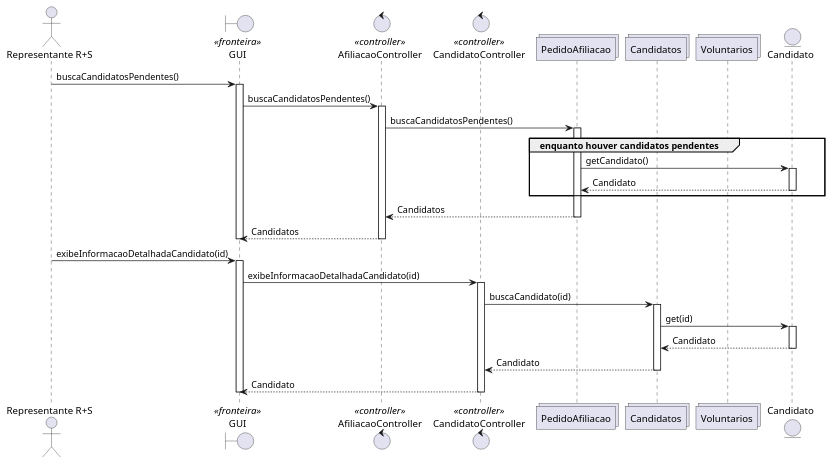
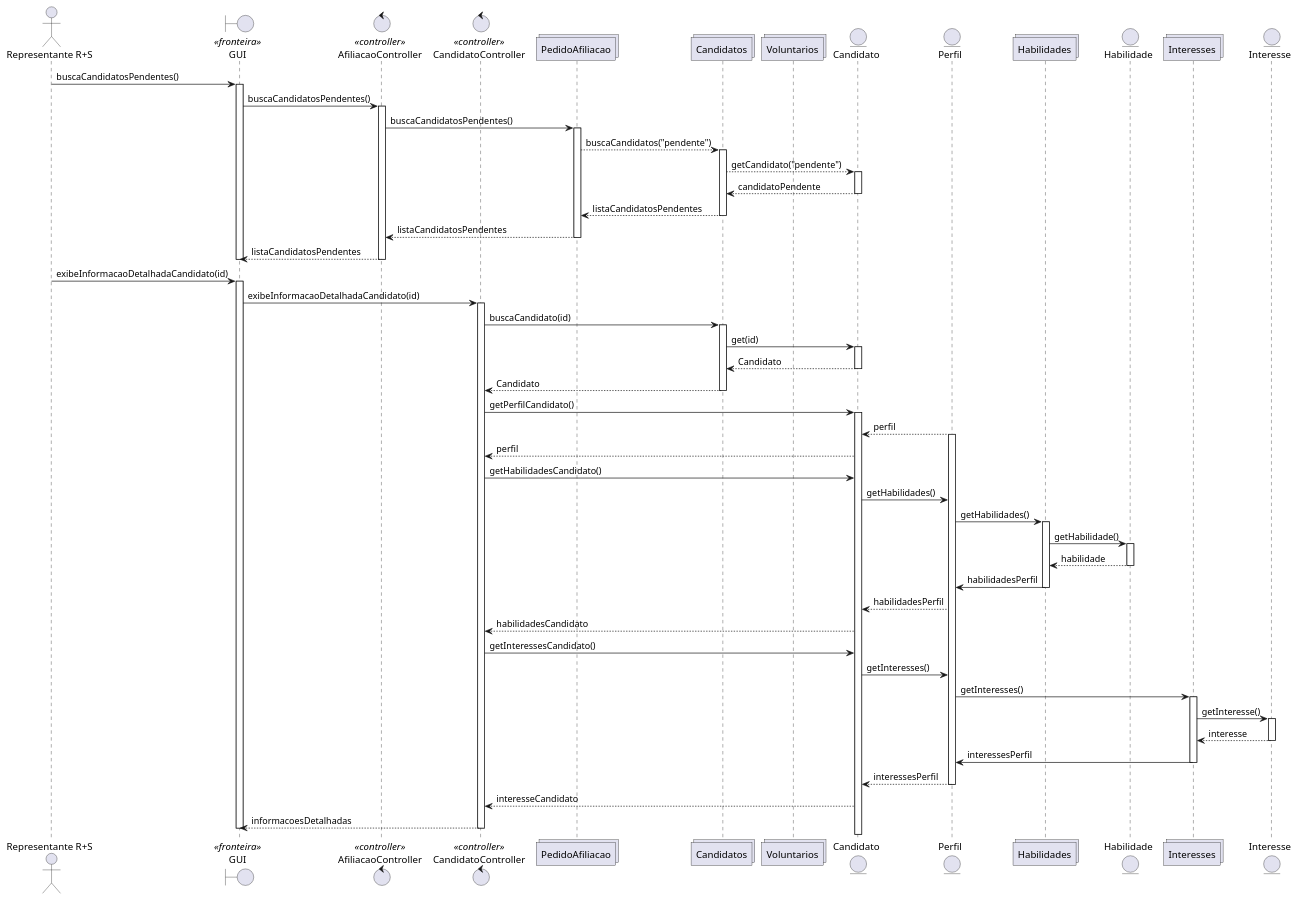
Before and after one commit to guisgiacomini/redeMaisSocialProjetoSoftware: the diagram in diagrama-sequencia/uc003/fluxo-principal/fluxo-principal-1.puml, drawn with PlantUML. The commit also changed 1 other file, not shown here.

Commit message:
Diagrama de sequência UC003 Parcial.

```diff
--- a/diagrama-sequencia/uc003/fluxo-principal/fluxo-principal-1.puml
+++ b/diagrama-sequencia/uc003/fluxo-principal/fluxo-principal-1.puml
@@ -1,67 +1,109 @@
 @startuml
 
 actor "Representante R+S" as representante
 boundary "GUI" as gui <<fronteira>>
 control "AfiliacaoController" as afiliacaoController <<controller>>
 control "CandidatoController" as candidatoController <<controller>>
 
 collections "PedidoAfiliacao" as pedidoAfiliacao
 collections "Candidatos" as candidatos
 collections "Voluntarios" as voluntarios
 
+
+
 entity "Candidato" as candidato
+entity "Perfil" as perfil
+
+collections "Habilidades" as habilidades
+entity "Habilidade" as habilidade
+
+collections "Interesses" as interesses
+entity "Interesse" as interesse
 
 
 representante -> gui: buscaCandidatosPendentes()
 activate gui
 
     gui -> afiliacaoController: buscaCandidatosPendentes()
     activate afiliacaoController
 
         afiliacaoController -> pedidoAfiliacao: buscaCandidatosPendentes()
         activate pedidoAfiliacao
-            group enquanto houver candidatos pendentes
-                pedidoAfiliacao -> candidato: getCandidato()
+            
+            pedidoAfiliacao --> candidatos: buscaCandidatos("pendente")
+            activate candidatos
+                candidatos --> candidato: getCandidato("pendente")
                 activate candidato
-                    
-                    candidato --> pedidoAfiliacao: Candidato
+                    candidato ---> candidatos: candidatoPendente
+                deactivate candidato
+                candidatos ---> pedidoAfiliacao: listaCandidatosPendentes
+            deactivate candidatos
+            pedidoAfiliacao --> afiliacaoController: listaCandidatosPendentes
+            
 
-                deactivate candidato
-            end
-            pedidoAfiliacao --> afiliacaoController: Candidatos
+        deactivate pedidoAfiliacao
 
-            deactivate pedidoAfiliacao
-
-        afiliacaoController --> gui: Candidatos
-        deactivate afiliacaoController
+        afiliacaoController --> gui: listaCandidatosPendentes
+    deactivate afiliacaoController
 
 deactivate gui 
 
 
 representante -> gui: exibeInformacaoDetalhadaCandidato(id)
 activate gui
 
     gui -> candidatoController: exibeInformacaoDetalhadaCandidato(id)
     activate candidatoController
 
         candidatoController -> candidatos: buscaCandidato(id)
         activate candidatos
 
             candidatos -> candidato: get(id)
             activate candidato
 
                 candidato --> candidatos: Candidato
 
             deactivate candidato
             candidatos --> candidatoController: Candidato
 
         deactivate candidatos
-        candidatoController --> gui: Candidato
+        candidatoController -> candidato: getPerfilCandidato()
+        activate candidato
+            perfil --> candidato: perfil
+            activate perfil
+        candidato --> candidatoController: perfil
+        candidatoController -> candidato: getHabilidadesCandidato() 
+            candidato -> perfil: getHabilidades()
+
+                perfil -> habilidades: getHabilidades()
+                activate habilidades
+                    habilidades -> habilidade: getHabilidade()
+                    activate habilidade
+                        habilidade --> habilidades: habilidade
+                    deactivate habilidade
+                    habilidades -> perfil: habilidadesPerfil
+                deactivate habilidades
+                perfil --> candidato: habilidadesPerfil
+            candidato --> candidatoController: habilidadesCandidato
+        candidatoController -> candidato: getInteressesCandidato()
+            candidato -> perfil: getInteresses()
+            perfil -> interesses: getInteresses()
+                activate interesses
+                    interesses -> interesse: getInteresse()
+                    activate interesse
+                        interesse --> interesses: interesse
+                    deactivate interesse
+                    interesses -> perfil: interessesPerfil
+                deactivate interesses
+            perfil --> candidato: interessesPerfil
+            deactivate perfil
+            candidato --> candidatoController: interesseCandidato
+        candidatoController --> gui: informacoesDetalhadas
 
     deactivate candidatoController
 
 deactivate gui
 
 
 
 @enduml
```
